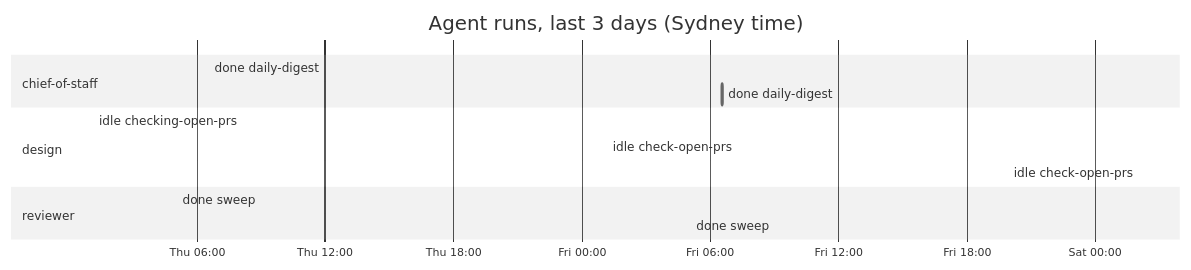
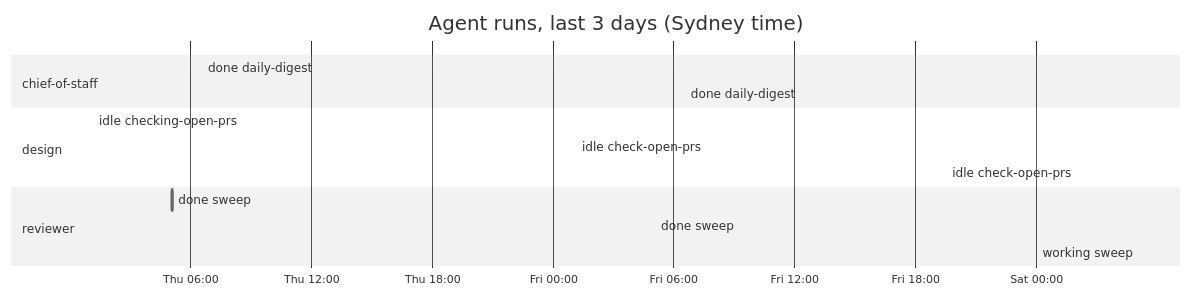
The diagram in dashboard.md (roulmediateam-byte/fifteen-expert-hq), drawn with Mermaid (neutral theme) before and after one commit. The commit also changed other lines of this file and 1 other file, not shown here.

````diff
--- a/dashboard.md
+++ b/dashboard.md
@@ -39,16 +39,17 @@
 ```mermaid
 gantt
     title Agent runs, last 3 days (Sydney time)
     dateFormat YYYY-MM-DD HH:mm
     axisFormat %a %H:%M
     section chief-of-staff
     done daily-digest :done, 2026-11-12 06:35, 2026-11-12 06:36
     done daily-digest :done, 2026-11-13 06:34, 2026-11-13 06:36
     section design
     idle checking-open-prs :done, 2026-11-12 01:11, 2026-11-12 01:12
     idle check-open-prs :done, 2026-11-13 01:11, 2026-11-13 01:11
     idle check-open-prs :done, 2026-11-14 02:01, 2026-11-14 02:02
     section reviewer
     done sweep :done, 2026-11-12 05:05, 2026-11-12 05:06
     done sweep :done, 2026-11-13 05:05, 2026-11-13 05:05
+    working sweep :active, 2026-11-14 05:05, 2026-11-14 05:05
 ```
````
